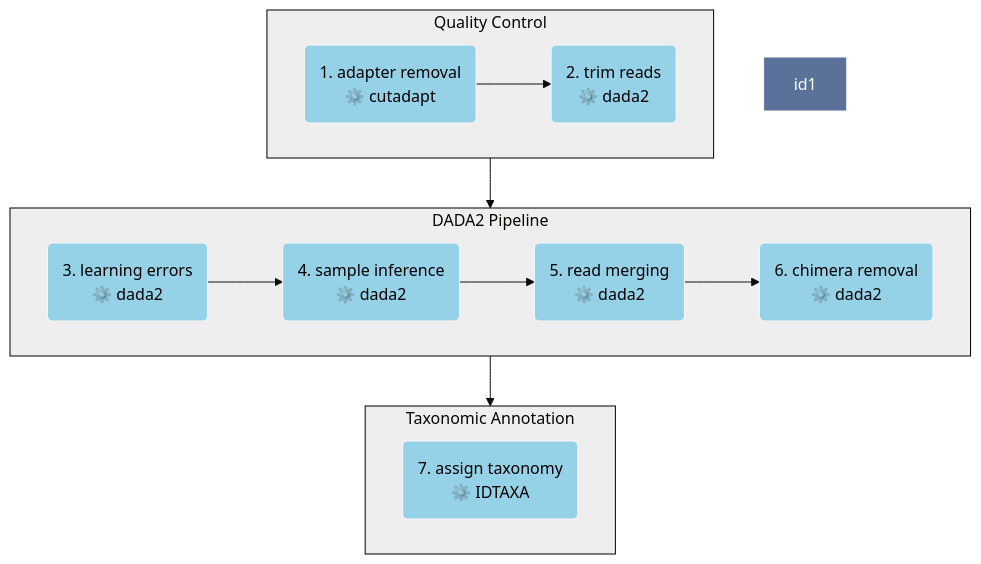
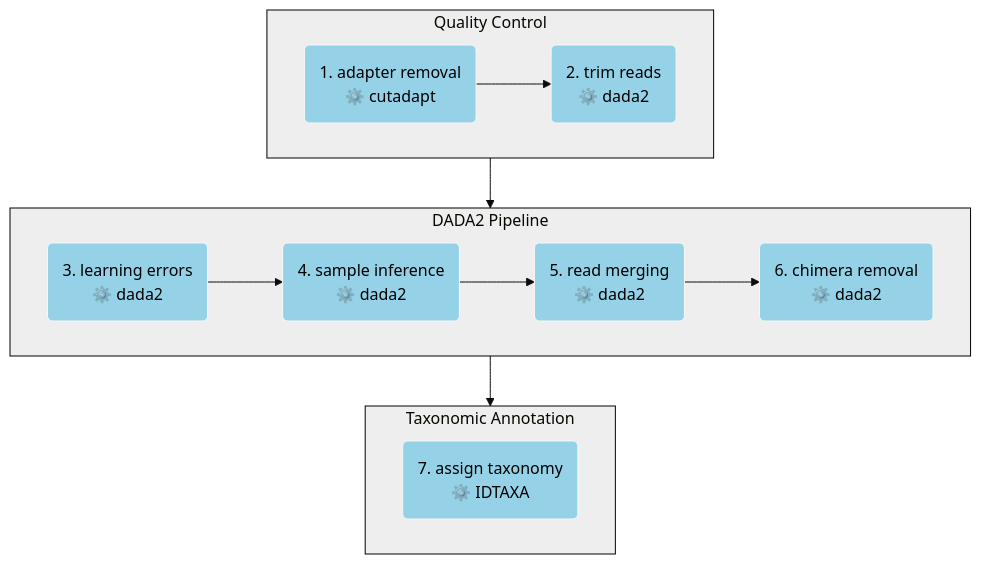
One commit to MicrobiologyETHZ/Methods_in_Microbiomics changed the diagram in docs/taxonomic_profiling/16S.rst. Above: the diagram before and after it, drawn with Mermaid (base theme). The commit also changed other lines of this file, not shown here.

Commit message:
small fix

```diff
--- a/docs/taxonomic_profiling/16S.rst
+++ b/docs/taxonomic_profiling/16S.rst
@@ -72,30 +72,29 @@
 .. mermaid::
+
     flowchart TD
       subgraph quality [Quality Control]
         direction LR
         id2("1. adapter removal<br/>⚙️ cutadapt") --> id3("2. trim reads<br/>⚙️ dada2")
       end
 
       quality --> DADA2
 
       subgraph DADA2 [DADA2 Pipeline]
         direction LR
         id4("3. learning errors<br/>⚙️ dada2") --> id5("4. sample inference<br/>⚙️ dada2")
         id5 --> id6("5. read merging<br/>⚙️ dada2")
         id6 --> id7("6. chimera removal<br/>⚙️ dada2")
       end
 
       DADA2 --> tax
 
       subgraph tax [Taxonomic Annotation]
         id8("7. assign taxonomy<br/>⚙️ IDTAXA")
       end
 
       %% Class and Styles Definition
       classDef tool fill:#96D2E7,stroke:#F8F7F7,stroke-width:1px,color:#000;
       classDef sub fill:#eeeeee,stroke:#000000;
 
-      style id1 fill:#5A729A,stroke:#F8F7F7,stroke-width:1px,color:#fff
-
       class quality,DADA2,tax sub
       class id2,id3,id4,id5,id6,id7,id8 tool
```
